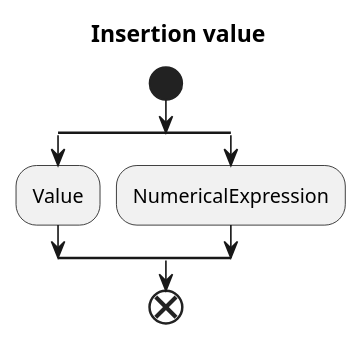
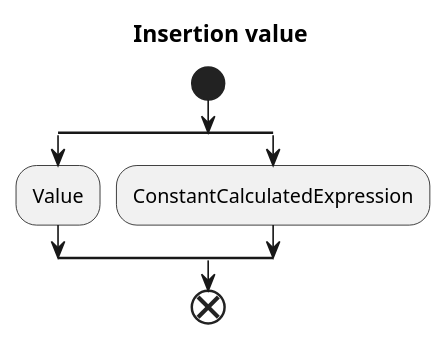
Before and after one commit to lichterberci/rust_learning: the tenth of 14 diagrams in dbms/query_lang_compiler_notes.md, drawn with PlantUML. The commit also changed other lines of this file and 3 other files, not shown here.

````diff
--- a/dbms/query_lang_compiler_notes.md
+++ b/dbms/query_lang_compiler_notes.md
@@ -283,10 +283,10 @@
 ```plantuml
 title Insertion value
 start
 split
 :Value;
 split again
-:NumericalExpression;
+:ConstantCalculatedExpression;
 end split
 end
 ```
````
